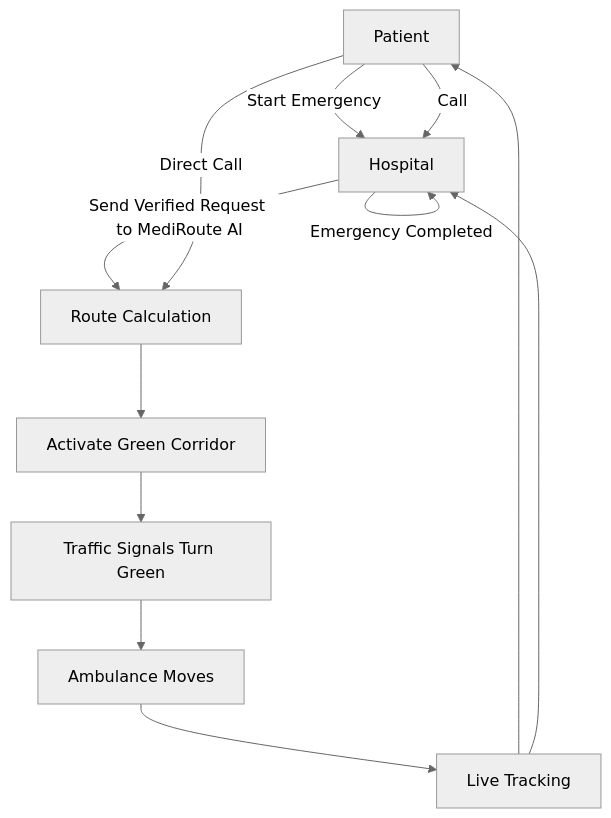
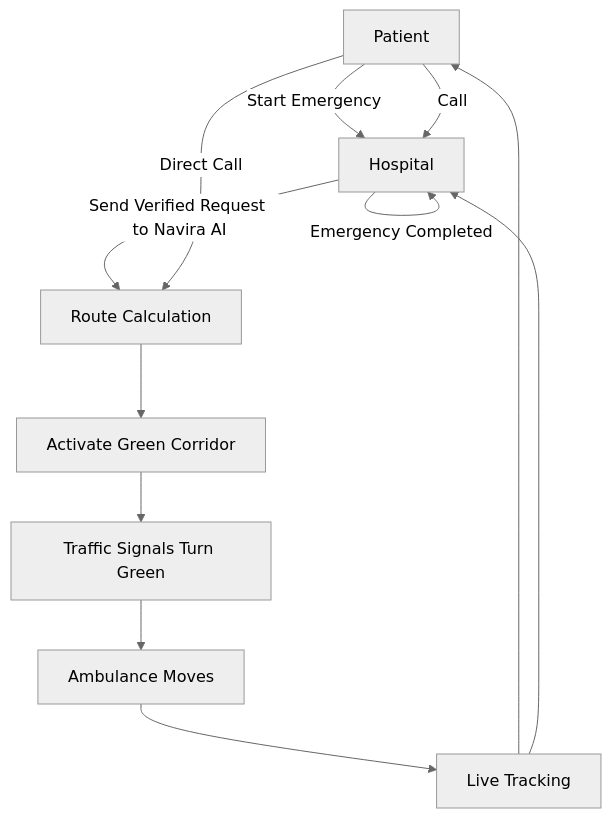
Before and after one commit to Manthan077/Navira-AI: the diagram in docs/emergency-workflow.md, drawn with Mermaid (neutral theme). The commit also changed other lines of this file and 5 other files, not shown here.

Commit message:
fix: Update references and assets from MediRoute AI to Navira AI across documentation and code

````diff
--- a/docs/emergency-workflow.md
+++ b/docs/emergency-workflow.md
@@ -3,15 +3,15 @@
 ```mermaid
 graph TD
     Patient -->|Start Emergency| Hospital
     Patient -->|Call| Hospital
     Hospital -->|Assign Nearest Ambulance| Hospital
     Hospital -->|Emergency Completed| Hospital
-    Hospital -->|Send Verified Request to MediRoute AI| RouteCalc[Route Calculation]
+    Hospital -->|Send Verified Request to Navira AI| RouteCalc[Route Calculation]
     Patient -->|Direct Call| RouteCalc
     RouteCalc --> GreenCorridor[Activate Green Corridor]
     GreenCorridor --> TrafficSignals[Traffic Signals Turn Green]
     TrafficSignals --> AmbulanceMove[Ambulance Moves]
     AmbulanceMove --> LiveTracking[Live Tracking]
     LiveTracking --> Patient
     LiveTracking --> Hospital
 ```
````
